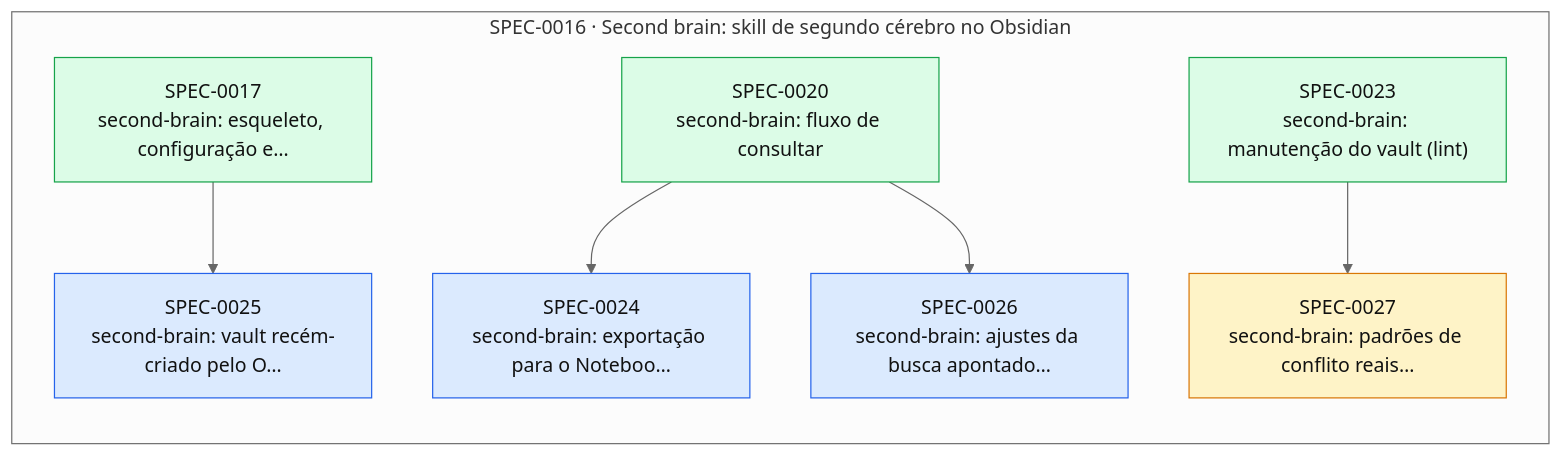
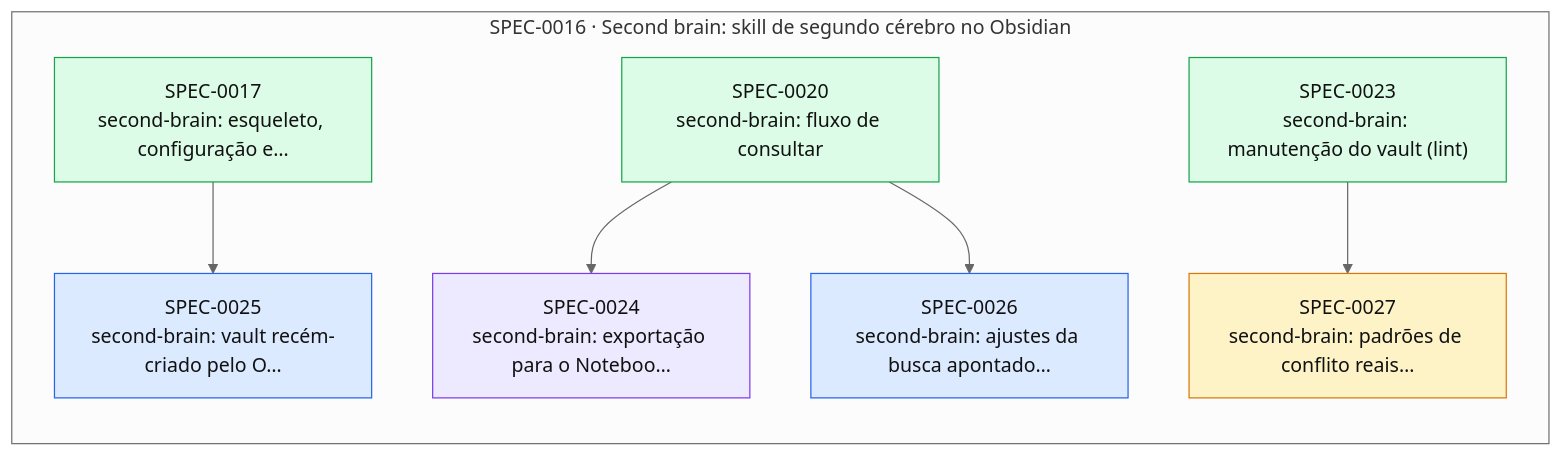
The diagram in docs/specs/INDEX.md (thomasravache/ai-dev-brain), drawn with Mermaid (neutral theme) before and after one commit. The commit also changed other lines of this file and 1 other file, not shown here.

First line of the commit message:
docs(specs): SPEC-0024 em execução

````diff
--- a/docs/specs/INDEX.md
+++ b/docs/specs/INDEX.md
@@ -48,21 +48,21 @@
 ```mermaid
 flowchart LR
   subgraph E0016["SPEC-0016 · Second brain: skill de segundo cérebro no Obsidian"]
     S0017["SPEC-0017<br/>second-brain: esqueleto, configuração e…"]:::implemented
     S0020["SPEC-0020<br/>second-brain: fluxo de consultar"]:::implemented
     S0023["SPEC-0023<br/>second-brain: manutenção do vault (lint)"]:::implemented
-    S0024["SPEC-0024<br/>second-brain: exportação para o Noteboo…"]:::approved
+    S0024["SPEC-0024<br/>second-brain: exportação para o Noteboo…"]:::inprogress
     S0025["SPEC-0025<br/>second-brain: vault recém-criado pelo O…"]:::approved
     S0026["SPEC-0026<br/>second-brain: ajustes da busca apontado…"]:::approved
     S0027["SPEC-0027<br/>second-brain: padrões de conflito reais…"]:::proposed
   end
   S0020 --> S0024
   S0017 --> S0025
   S0020 --> S0026
   S0023 --> S0027
   classDef proposed fill:#fef3c7,stroke:#d97706,color:#111
   classDef approved fill:#dbeafe,stroke:#2563eb,color:#111
   classDef inprogress fill:#ede9fe,stroke:#7c3aed,color:#111
   classDef implemented fill:#dcfce7,stroke:#16a34a,color:#111
   classDef deprecated fill:#f3f4f6,stroke:#9ca3af,color:#6b7280
 ```
````
